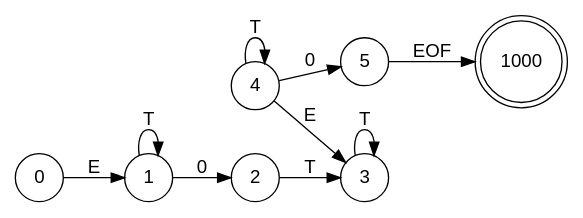
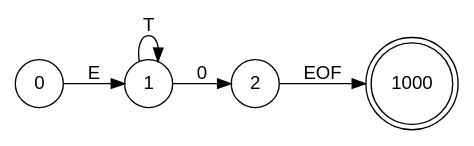
Before and after one commit to soshiCS/state_automaton: the diagram in tm1.dot, drawn with Graphviz. The commit also changed 3 other files, not shown here.

```diff
--- a/tm1.dot
+++ b/tm1.dot
@@ -1,17 +1,12 @@
 digraph finite_state_machine {
 	fontname="Helvetica,Arial,sans-serif"
 	node [fontname="Helvetica,Arial,sans-serif"]
 	edge [fontname="Helvetica,Arial,sans-serif"]
 	rankdir=LR;
 	node [shape = doublecircle]; 1000 ; 
 	node [shape = circle];
-	2 -> 3 [label = "T"];
-	3 -> 3 [label = "T"];
-	5 -> 1000 [label = "EOF"];
-	4 -> 3 [label = "E"];
-	4 -> 5 [label = "0"];
-	4 -> 4 [label = "T"];
+	2 -> 1000 [label = "EOF"];
 	0 -> 1 [label = "E"];
 	1 -> 2 [label = "0"];
 	1 -> 1 [label = "T"];
 }
```
